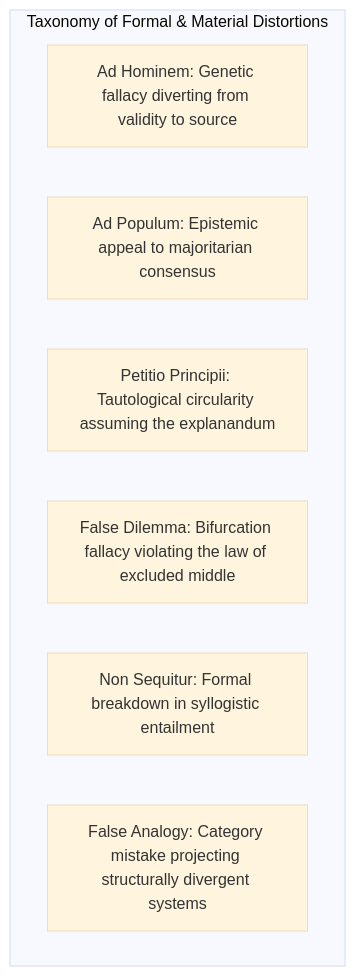
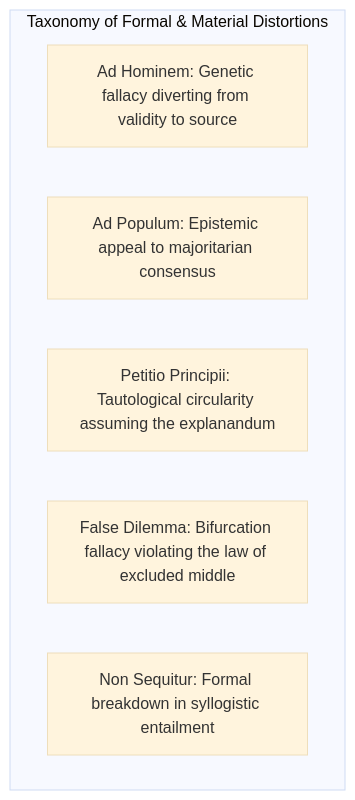
Before and after one commit to sarallabs/Production_grade: the third of 6 diagrams in saralvidhya-mvp/public/generated resources/philippines/rw/advanced/detailed_view.md, drawn with Mermaid (base theme). The commit also changed other lines of this file and 36 other files, not shown here.

````diff
--- a/saralvidhya-mvp/public/generated resources/philippines/rw/advanced/detailed_view.md
+++ b/saralvidhya-mvp/public/generated resources/philippines/rw/advanced/detailed_view.md
@@ -106,11 +106,10 @@
 ```mermaid
 graph TD
     subgraph EPISTEMIC_FALLACIES["Taxonomy of Formal & Material Distortions"]
         F1["Ad Hominem: Genetic fallacy diverting from validity to source"]
         F2["Ad Populum: Epistemic appeal to majoritarian consensus"]
         F3["Petitio Principii: Tautological circularity assuming the explanandum"]
         F4["False Dilemma: Bifurcation fallacy violating the law of excluded middle"]
         F5["Non Sequitur: Formal breakdown in syllogistic entailment"]
-        F6["False Analogy: Category mistake projecting structurally divergent systems"]
     end
 ```
````
